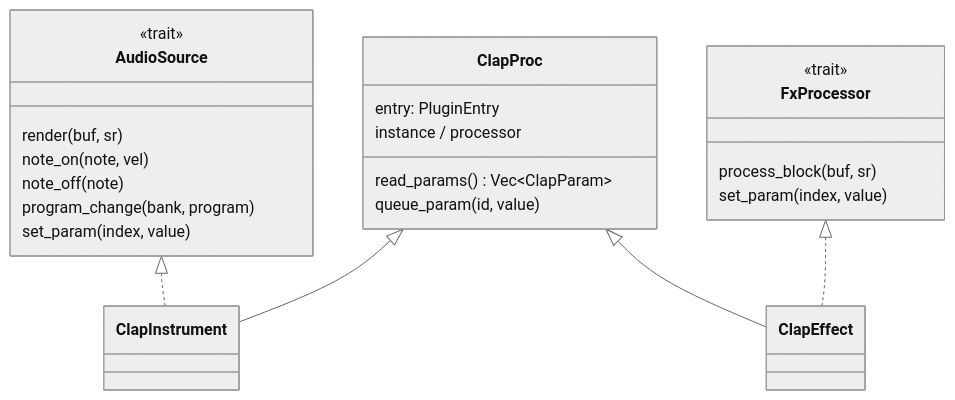
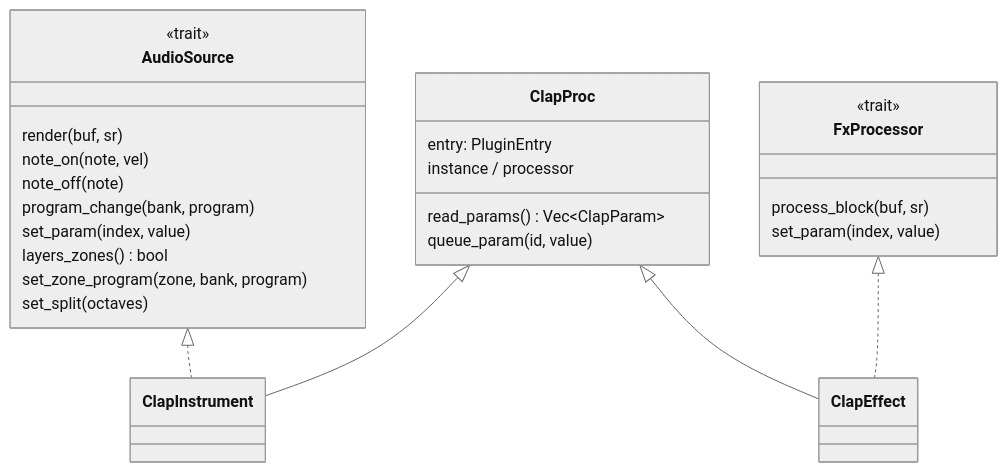
Before and after one commit to jacodelia/choz: the eighth of 8 diagrams in docs/architecture.md, drawn with Mermaid (neutral theme). The commit also changed other lines of this file and 24 other files, not shown here.

First line of the commit message:
feat(rack): an SF2 editor, a split that layers, and a keyboard you can play

````diff
--- a/docs/architecture.md
+++ b/docs/architecture.md
@@ -729,29 +737,32 @@
 ```mermaid
 classDiagram
     class AudioSource {
         <<trait>>
         render(buf, sr)
         note_on(note, vel)
         note_off(note)
         program_change(bank, program)
         set_param(index, value)
+        layers_zones() bool
+        set_zone_program(zone, bank, program)
+        set_split(octaves)
     }
     class FxProcessor {
         <<trait>>
         process_block(buf, sr)
         set_param(index, value)
     }
     class ClapProc {
         entry: PluginEntry
         instance / processor
         read_params() Vec~ClapParam~
         queue_param(id, value)
     }
     class ClapInstrument
     class ClapEffect
 
     ClapProc <|-- ClapInstrument
     ClapProc <|-- ClapEffect
     AudioSource <|.. ClapInstrument
     FxProcessor <|.. ClapEffect
 ```
````
